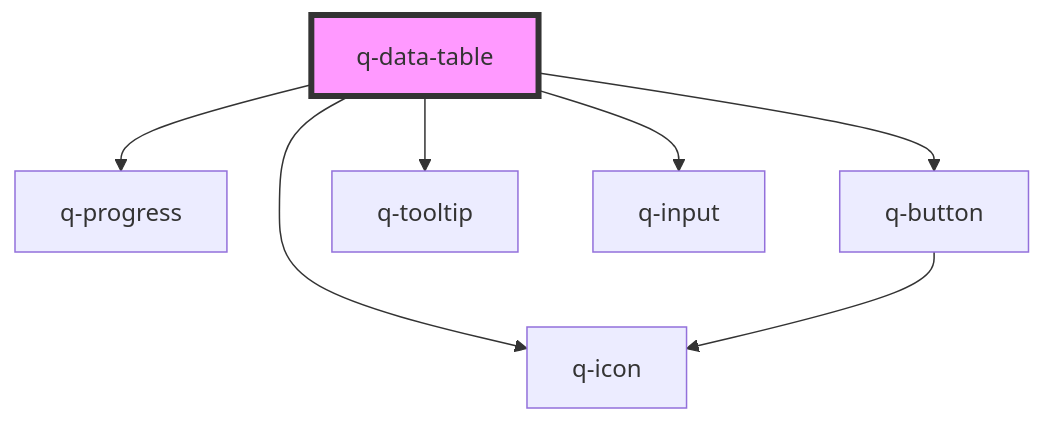
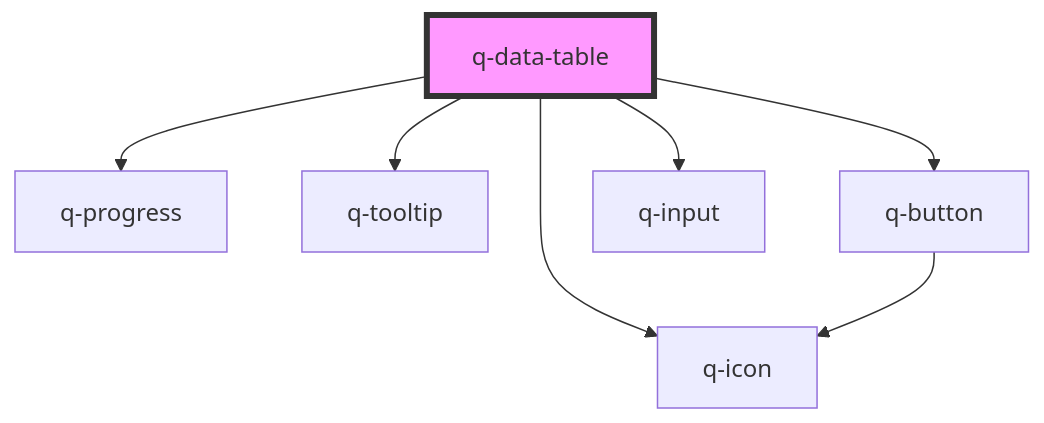
One commit to XsAndre-L/WebQuark changed the diagram in src/components/data-display/data-table/readme.md. Above: the diagram before and after it, drawn with Mermaid. The commit also changed other lines of this file and 23 other files, not shown here.

````diff
--- a/src/components/data-display/data-table/readme.md
+++ b/src/components/data-display/data-table/readme.md
@@ -109,10 +122,10 @@
 ```mermaid
 graph TD;
   q-data-table --> q-progress
+  q-data-table --> q-tooltip
   q-data-table --> q-button
   q-data-table --> q-icon
-  q-data-table --> q-tooltip
   q-data-table --> q-input
   q-button --> q-icon
   style q-data-table fill:#f9f,stroke:#333,stroke-width:4px
 ```
````
